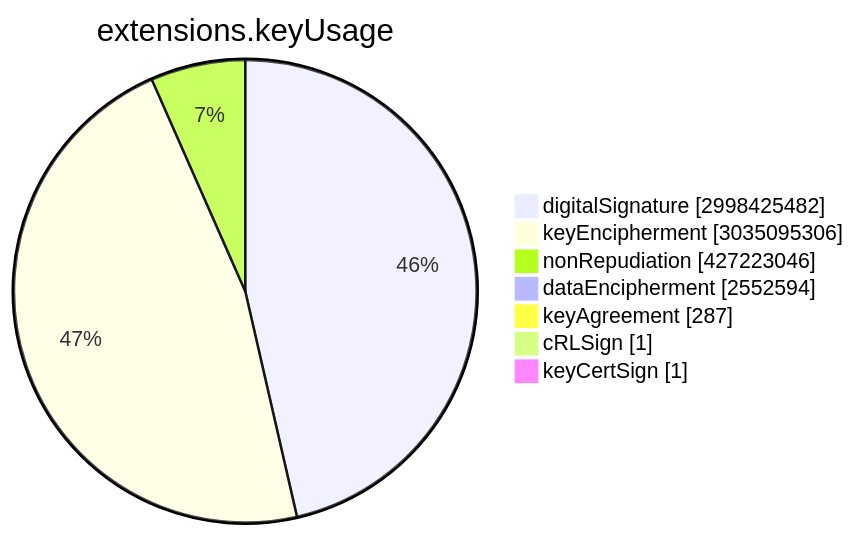
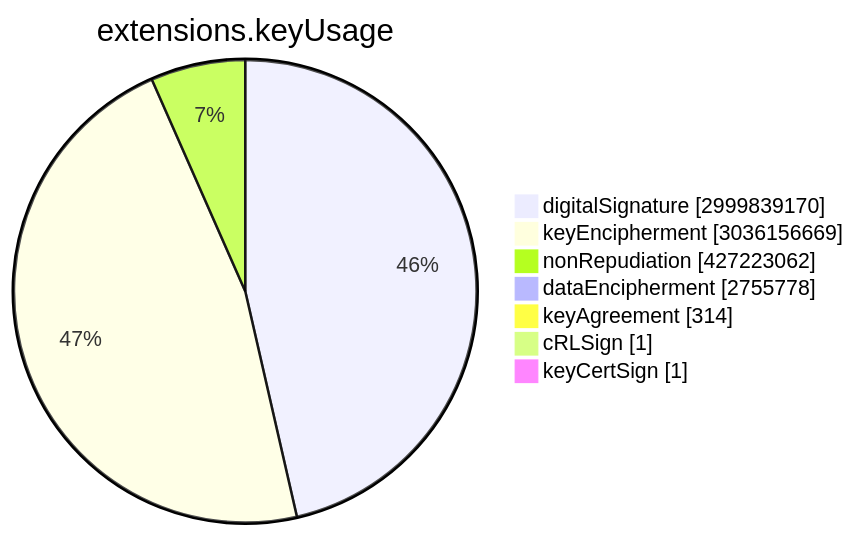
The sixth of 15 diagrams in TOTAL/README.md (christiankrug/ctmonitor_visualization), drawn with Mermaid before and after one commit. The commit also changed other lines of this file, not shown here.

````diff
--- a/TOTAL/README.md
+++ b/TOTAL/README.md
@@ -3071,11 +3071,11 @@
 ```mermaid
 pie showData
 title extensions.keyUsage
-"digitalSignature" :2998425482
-"keyEncipherment" :3035095306
-"nonRepudiation" :427223046
-"dataEncipherment" :2552594
-"keyAgreement" :287
+"digitalSignature" :2999839170
+"keyEncipherment" :3036156669
+"nonRepudiation" :427223062
+"dataEncipherment" :2755778
+"keyAgreement" :314
 "cRLSign" :1
 "keyCertSign" :1
 ```
````
